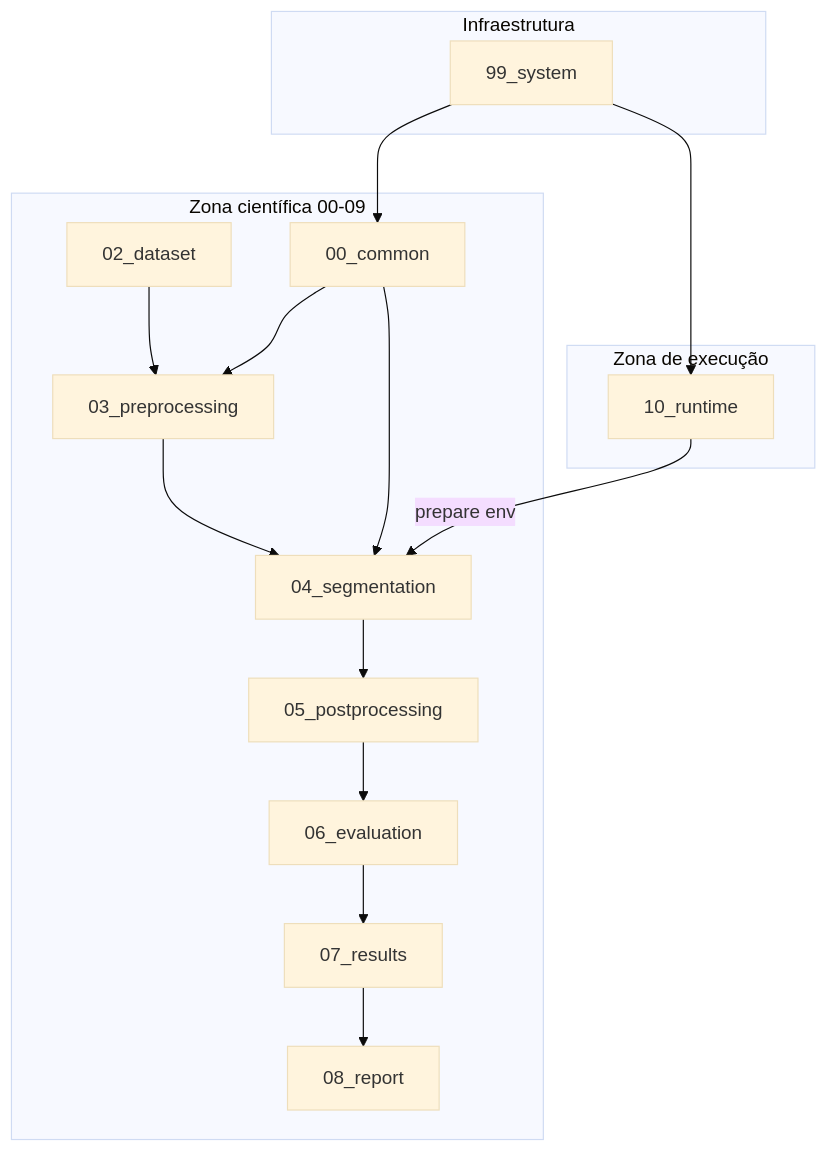
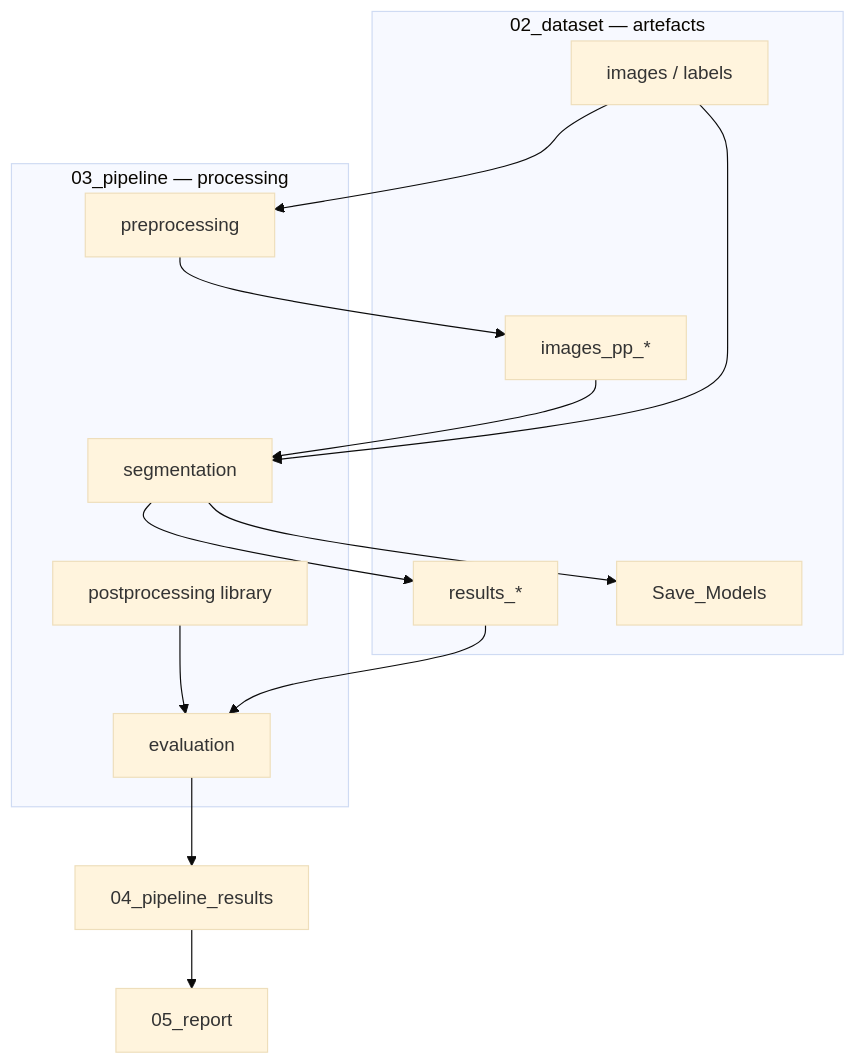
One commit to bulletproof20/fetal-vein-segmentation changed the diagram in 06_documentation/02_architecture/system_architecture.md. Above: the diagram before and after it, drawn with Mermaid (base theme). The commit also changed other lines of this file and 75 other files, not shown here.

````diff
--- a/06_documentation/02_architecture/system_architecture.md
+++ b/06_documentation/02_architecture/system_architecture.md
@@ -12,28 +18,29 @@
 ```mermaid
 flowchart TB
-    subgraph scientific [Zona científica 00-09]
-        C00[00_common]
-        D02[02_dataset]
-        P03[03_preprocessing]
-        P04[04_segmentation]
-        P05[05_postprocessing]
-        E06[06_evaluation]
-        R07[07_results]
-        R08[08_report]
+    subgraph data [02_dataset — artefacts]
+        IMG[images / labels]
+        PP[images_pp_*]
+        RES[results_*]
+        MOD[Save_Models]
     end
 
-    subgraph execution [Zona de execução]
-        RT[10_runtime]
+    subgraph pipe [03_pipeline — processing]
+        PRE[preprocessing]
+        SEG[segmentation]
+        POST[postprocessing library]
+        EVAL[evaluation]
     end
 
-    subgraph infra [Infraestrutura]
-        S99[99_system]
-    end
+    OUT[04_pipeline_results]
+    REP[05_report]
 
-    D02 --> P03 --> P04 --> P05 --> E06 --> R07 --> R08
-    C00 --> P03
-    C00 --> P04
-    RT -->|prepare env| P04
-    S99 --> C00
-    S99 --> RT
+    IMG --> PRE --> PP
+    PP --> SEG
+    IMG --> SEG
+    SEG --> RES
+    SEG --> MOD
+    RES --> EVAL
+    POST --> EVAL
+    EVAL --> OUT
+    OUT --> REP
 ```
````
